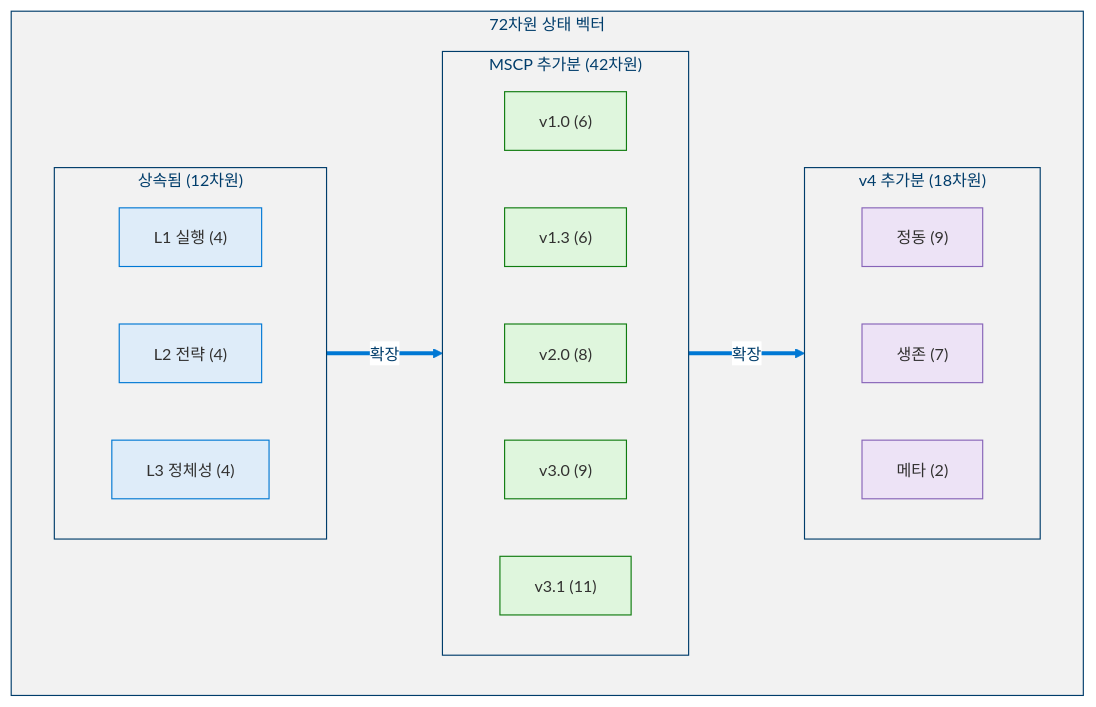
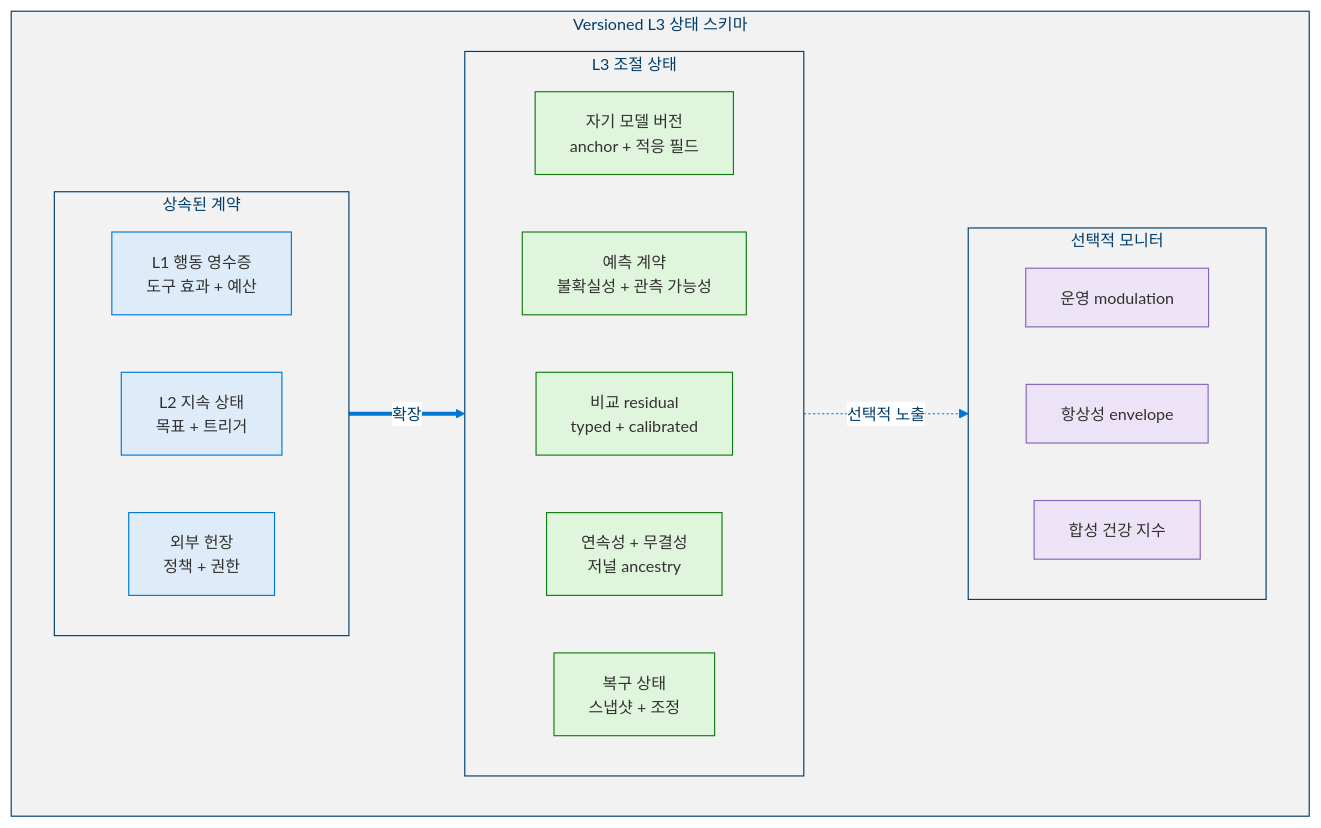
One commit to dotnetpower/mscp changed diagram 17 of 19 in docs/levels/Level_3_Self_Regulating_Agent.ko.md. Above: the diagram before and after it, drawn with Mermaid. The commit also changed other lines of this file and 21 other files, not shown here.

````diff
--- a/docs/levels/Level_3_Self_Regulating_Agent.ko.md
+++ b/docs/levels/Level_3_Self_Regulating_Agent.ko.md
@@ -1296,35 +1439,35 @@
 ```mermaid
 %%{init: {'theme': 'base', 'themeVariables': {'primaryColor': '#0078D4', 'primaryTextColor': '#003D6B', 'primaryBorderColor': '#003D6B', 'secondaryColor': '#50E6FF', 'secondaryTextColor': '#323130', 'secondaryBorderColor': '#00BCF2', 'tertiaryColor': '#F2F2F2', 'tertiaryTextColor': '#323130', 'lineColor': '#0078D4', 'textColor': '#323130', 'mainBkg': '#DEECF9', 'nodeBorder': '#0078D4', 'clusterBkg': '#F2F2F2', 'clusterBorder': '#003D6B', 'titleColor': '#003D6B', 'edgeLabelBackground': '#FFFFFF', 'fontSize': '14px'}}}%%
 flowchart TB
   classDef base fill:#DEECF9,stroke:#0078D4,color:#323130
   classDef mscp fill:#DFF6DD,stroke:#107C10,color:#323130
   classDef v4 fill:#EDE3F6,stroke:#8764B8,color:#323130
 
-  subgraph SV["72차원 상태 벡터"]
-    subgraph Base["상속됨 (12차원)"]
+  subgraph SV["Versioned L3 상태 스키마"]
+    subgraph Base["상속된 계약"]
       direction LR
-      SV1["L1 실행 (4)"]:::base
-      SV2["L2 전략 (4)"]:::base
-      SV3["L3 정체성 (4)"]:::base
+      SV1["L1 행동 영수증<br/>도구 효과 + 예산"]:::base
+      SV2["L2 지속 상태<br/>목표 + 트리거"]:::base
+      SV3["외부 헌장<br/>정책 + 권한"]:::base
     end
 
-    subgraph MSCP["MSCP 추가분 (42차원)"]
+    subgraph MSCP["L3 조절 상태"]
       direction LR
-      SV4["v1.0 (6)"]:::mscp
-      SV5["v1.3 (6)"]:::mscp
-      SV6["v2.0 (8)"]:::mscp
-      SV7["v3.0 (9)"]:::mscp
-      SV8["v3.1 (11)"]:::mscp
+      SV4["자기 모델 버전<br/>anchor + 적응 필드"]:::mscp
+      SV5["예측 계약<br/>불확실성 + 관측 가능성"]:::mscp
+      SV6["비교 residual<br/>typed + calibrated"]:::mscp
+      SV7["연속성 + 무결성<br/>저널 ancestry"]:::mscp
+      SV8["복구 상태<br/>스냅샷 + 조정"]:::mscp
     end
 
-    subgraph V4["v4 추가분 (18차원)"]
+    subgraph V4["선택적 모니터"]
       direction LR
-      SV9["정동 (9)"]:::v4
-      SV10["생존 (7)"]:::v4
-      SV11["메타 (2)"]:::v4
+      SV9["운영 modulation"]:::v4
+      SV10["항상성 envelope"]:::v4
+      SV11["합성 건강 지수"]:::v4
     end
   end
 
   Base ==>|확장| MSCP
-  MSCP ==>|확장| V4
+  MSCP -.->|선택적 노출| V4
 ```
````
